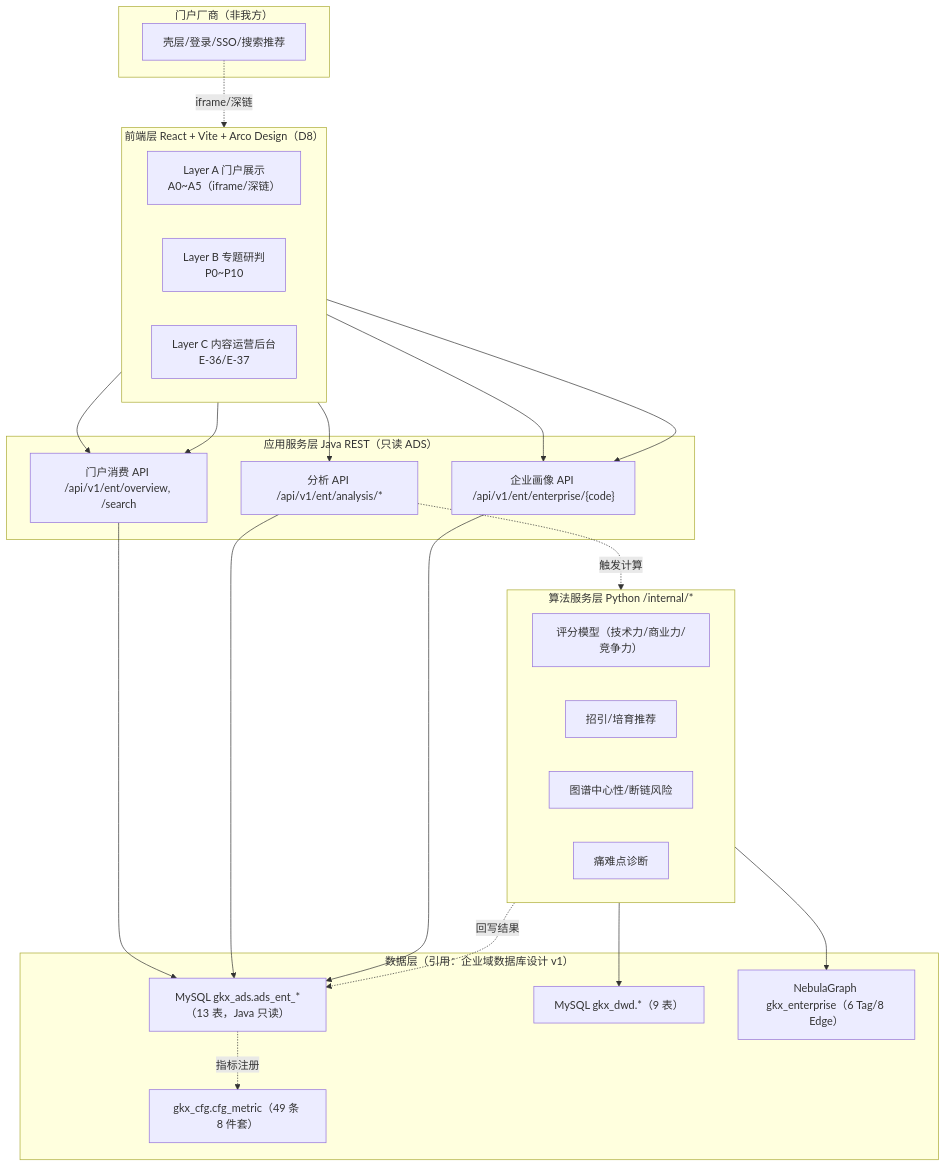
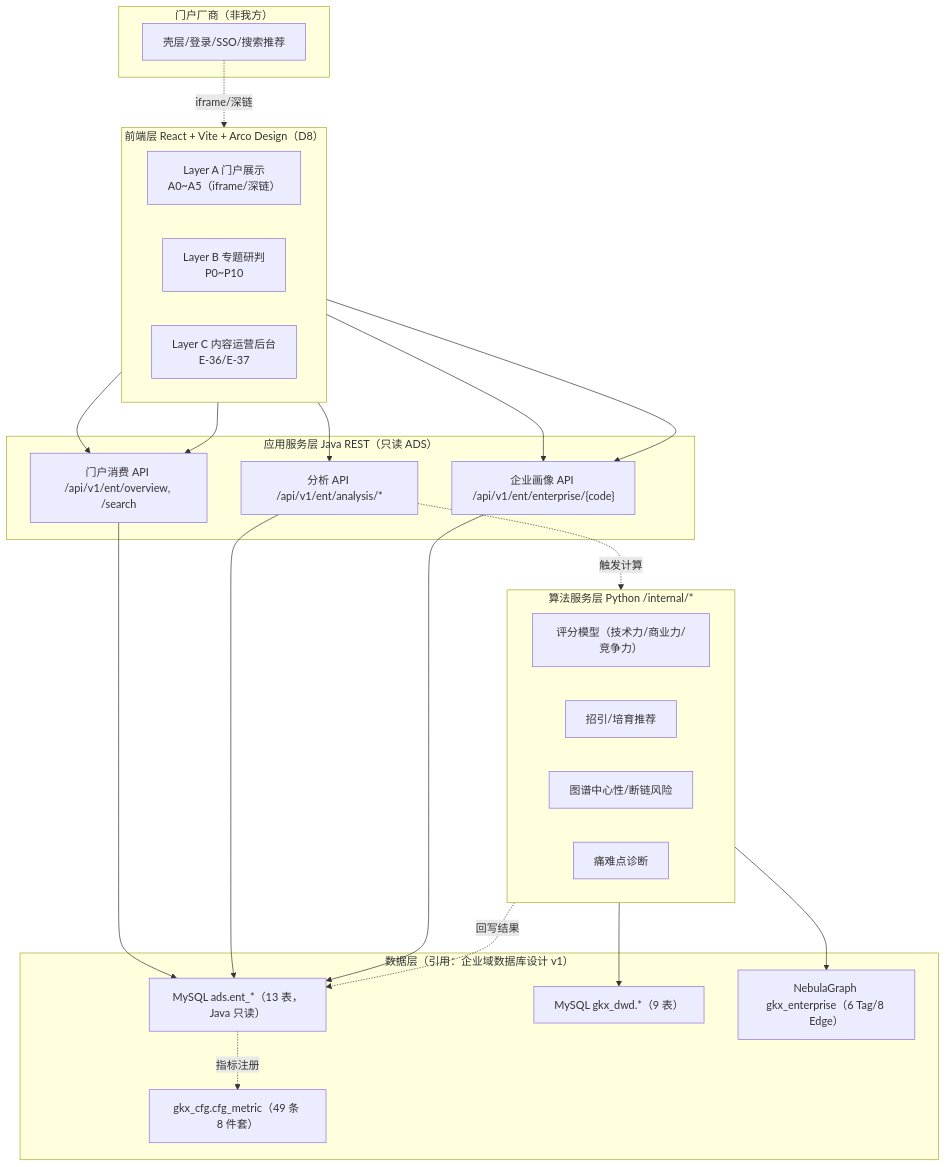
Before and after one commit to Marisolebxf/-: the first of 2 diagrams in agent-delivery/验收文档/企业要素系统概要设计说明书HLD(v1).md, drawn with Mermaid. The commit also changed other lines of this file and 26 other files, not shown here.

First line of the commit message:
docs(data): align ENT/CHAIN/POLICY docs to PG schema.table naming [agent:data]

````diff
--- a/agent-delivery/验收文档/企业要素系统概要设计说明书HLD(v1).md
+++ b/agent-delivery/验收文档/企业要素系统概要设计说明书HLD(v1).md
@@ -94,48 +94,48 @@
 ```mermaid
 flowchart TB
   subgraph FE["前端层 React + Vite + Arco Design（D8）"]
     direction LR
     LA["Layer A 门户展示<br/>A0~A5（iframe/深链）"]
     LB["Layer B 专题研判<br/>P0~P10"]
     LC["Layer C 内容运营后台<br/>E-36/E-37"]
   end
 
   subgraph PORTAL["门户厂商（非我方）"]
     SHELL["壳层/登录/SSO/搜索推荐"]
   end
 
   subgraph JAVA["应用服务层 Java REST（只读 ADS）"]
     APIA["门户消费 API /api/v1/ent/overview, /search"]
     APIB["分析 API /api/v1/ent/analysis/*"]
     APIE["企业画像 API /api/v1/ent/enterprise/{code}"]
   end
 
   subgraph PY["算法服务层 Python /internal/*"]
     SCORE["评分模型（技术力/商业力/竞争力）"]
     REC["招引/培育推荐"]
     GRAPH["图谱中心性/断链风险"]
     DIAG["痛难点诊断"]
   end
 
   subgraph DATA["数据层（引用：企业域数据库设计 v1）"]
-    ADS["MySQL gkx_ads.ads_ent_*（13 表，Java 只读）"]
+    ADS["MySQL ads.ent_*（13 表，Java 只读）"]
     DWD["MySQL gkx_dwd.*（9 表）"]
     CFG["gkx_cfg.cfg_metric（49 条 8 件套）"]
     NEB["NebulaGraph gkx_enterprise（6 Tag/8 Edge）"]
   end
 
   SHELL -. iframe/深链 .-> LA
   LA --> APIA
   LB --> APIB
   LB --> APIE
   LA --> APIE
   LC --> APIA
   APIA --> ADS
   APIB --> ADS
   APIE --> ADS
   APIB -. 触发计算 .-> PY
   PY --> DWD
   PY --> NEB
   PY -. 回写结果 .-> ADS
   ADS -. 指标注册 .-> CFG
 ```
````
